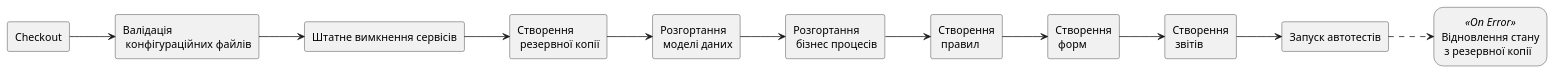
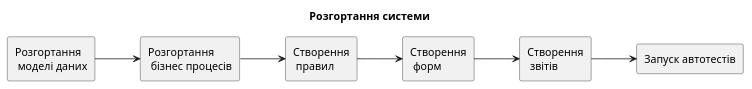
One commit to epam/edp-ddm-architecture changed the third of 4 diagrams in modules/ROOT/pages/registry-regulations-deployment.adoc. Above: the diagram before and after it, drawn with PlantUML. The commit also changed other lines of this file, not shown here.

Commit message:
[MDTUDDM-0000] Pipeline diagram splited

```diff
--- a/modules/ROOT/pages/registry-regulations-deployment.adoc
+++ b/modules/ROOT/pages/registry-regulations-deployment.adoc
@@ -66,35 +86,23 @@
-[plantuml]
+[plantuml, deployment, svg]
 ----
 @startuml
+title Розгортання системи
 skinparam monochrome true
-
-skinparam rectangle {
-    RoundCorner<<On Error>> 25
-}
 
 left to right direction
 
-rectangle "Checkout" as checkout
-rectangle "Валідація\n конфігураційних файлів" as validation
-rectangle "Штатне вимкнення сервісів" as shutdown
-rectangle "Створення\n резервної копії" as backup
+
 rectangle "Розгортання\n моделі даних" as createDatafactory
 rectangle "Розгортання\n бізнес процесів" as createBpmn
 rectangle "Створення\n правил" as createDmn
 rectangle "Створення\n форм" as createForms
 rectangle "Створення\n звітів" as createReports
 rectangle "Запуск автотестів" as autotest
-rectangle "Відновлення стану\n з резервної копії" as rollback<<On Error>>
 
-checkout --> validation
-validation --> shutdown
-shutdown --> backup
-backup --> createDatafactory
 createDatafactory --> createBpmn
 createBpmn --> createDmn
 createDmn --> createForms
 createForms --> createReports
 createReports --> autotest
-autotest -[dashed]-> rollback
 @enduml
 ----
```
